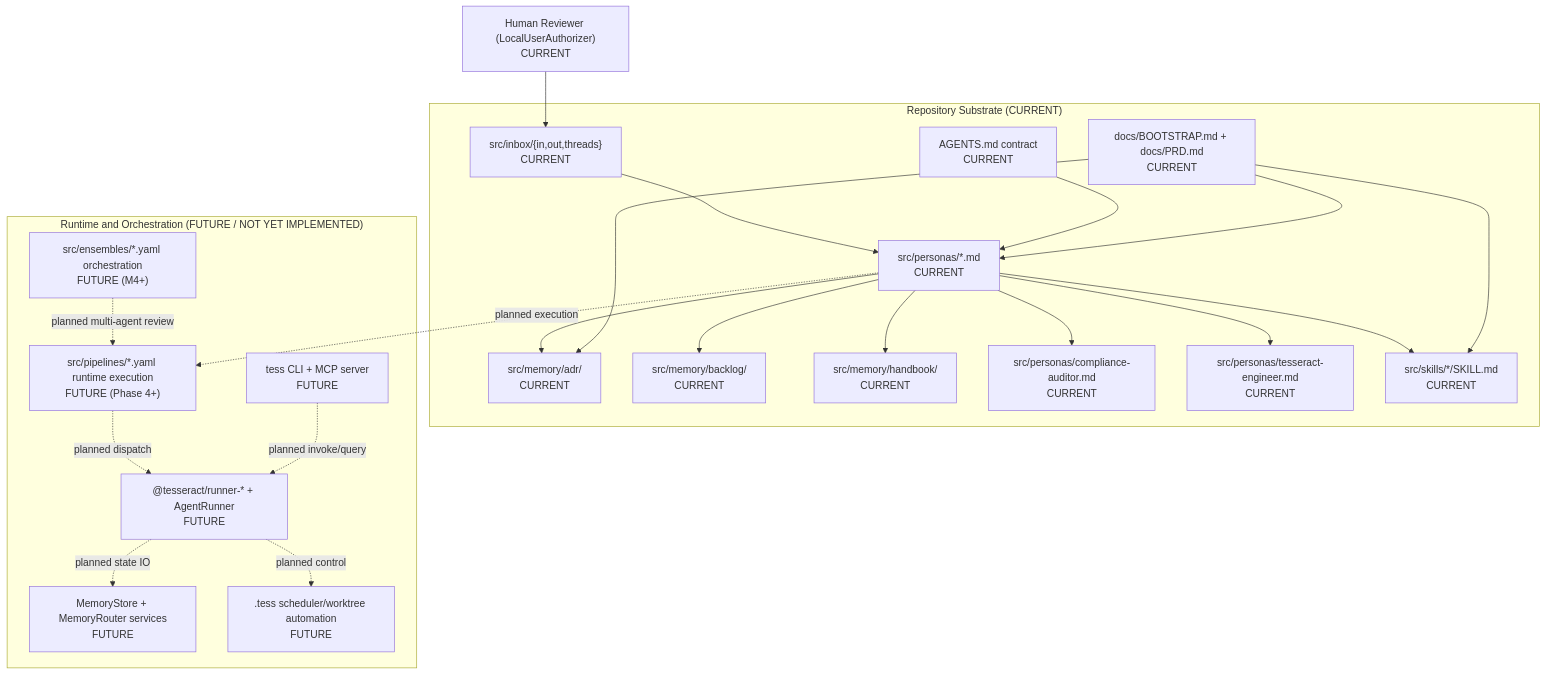
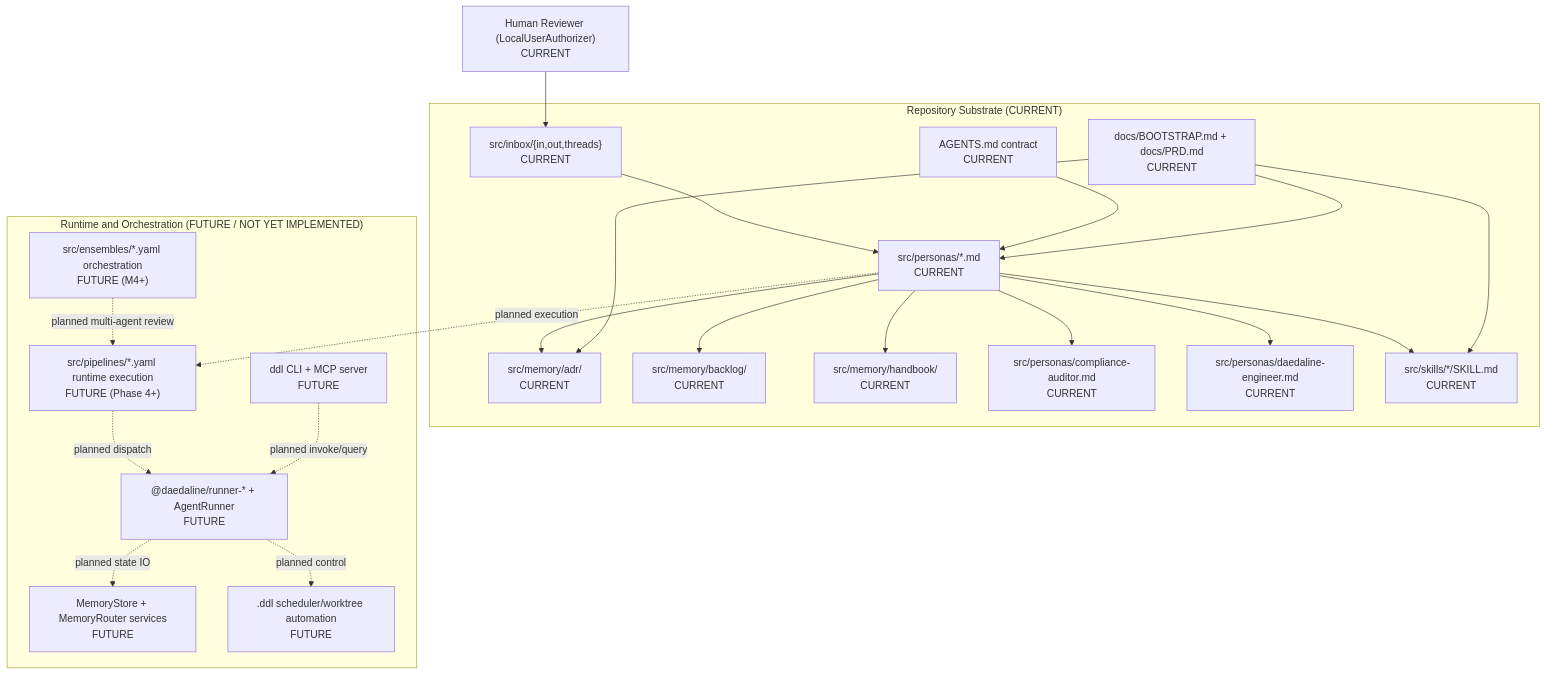
The diagram in src/memory/adr/0002-system-architecture-map.md (alenlukic/pancreator), drawn with Mermaid before and after one commit. The commit also changed other lines of this file and 1115 other files, not shown here.

````diff
--- a/src/memory/adr/0002-system-architecture-map.md
+++ b/src/memory/adr/0002-system-architecture-map.md
@@ -85,46 +85,46 @@
 ```mermaid
 flowchart TB
     Human["Human Reviewer (LocalUserAuthorizer)\nCURRENT"]
 
     subgraph Repo["Repository Substrate (CURRENT)"]
       AGENTS["AGENTS.md contract\nCURRENT"]
       INBOX["src/inbox/{in,out,threads}\nCURRENT"]
       ADR["src/memory/adr/\nCURRENT"]
       BACKLOG["src/memory/backlog/\nCURRENT"]
       HANDBOOK["src/memory/handbook/\nCURRENT"]
       PERSONAS["src/personas/*.md\nCURRENT"]
       COMPLIANCE["src/personas/compliance-auditor.md\nCURRENT"]
-      TENGINEER["src/personas/tesseract-engineer.md\nCURRENT"]
+      TENGINEER["src/personas/daedaline-engineer.md\nCURRENT"]
       SKILLS["src/skills/*/SKILL.md\nCURRENT"]
       BOOT["docs/BOOTSTRAP.md + docs/PRD.md\nCURRENT"]
     end
 
     subgraph Runtime["Runtime and Orchestration (FUTURE / NOT YET IMPLEMENTED)"]
       PIPELINES["src/pipelines/*.yaml runtime execution\nFUTURE (Phase 4+)"]
       ENSEMBLES["src/ensembles/*.yaml orchestration\nFUTURE (M4+)"]
-      RUNNER["@tesseract/runner-* + AgentRunner\nFUTURE"]
+      RUNNER["@daedaline/runner-* + AgentRunner\nFUTURE"]
       MEMORY["MemoryStore + MemoryRouter services\nFUTURE"]
-      CLI["tess CLI + MCP server\nFUTURE"]
-      CONTROL[".tess scheduler/worktree automation\nFUTURE"]
+      CLI["ddl CLI + MCP server\nFUTURE"]
+      CONTROL[".ddl scheduler/worktree automation\nFUTURE"]
     end
 
     Human --> INBOX
     INBOX --> PERSONAS
     PERSONAS --> COMPLIANCE
     PERSONAS --> TENGINEER
     PERSONAS --> SKILLS
     PERSONAS --> ADR
     PERSONAS --> BACKLOG
     PERSONAS --> HANDBOOK
     AGENTS --> PERSONAS
     BOOT --> PERSONAS
     BOOT --> SKILLS
     BOOT --> ADR
 
     PERSONAS -. planned execution .-> PIPELINES
     PIPELINES -. planned dispatch .-> RUNNER
     RUNNER -. planned state IO .-> MEMORY
     RUNNER -. planned control .-> CONTROL
     CLI -. planned invoke/query .-> RUNNER
     ENSEMBLES -. planned multi-agent review .-> PIPELINES
 ```
````
